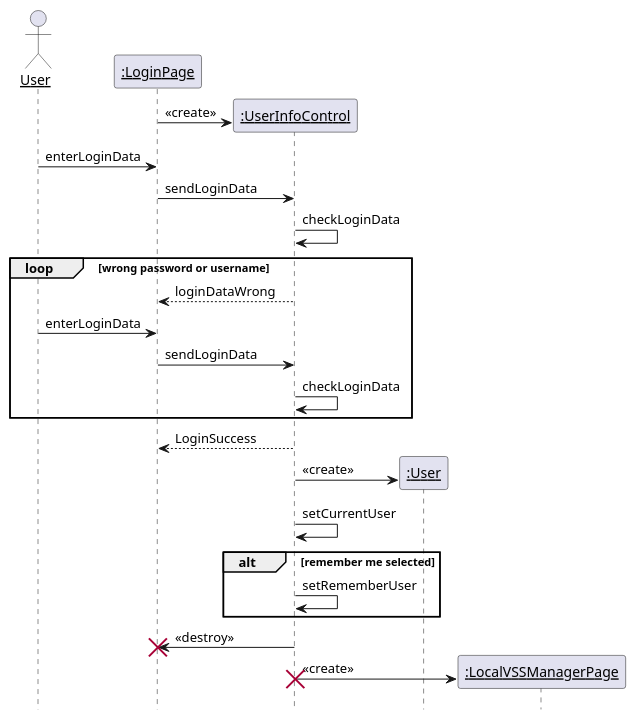
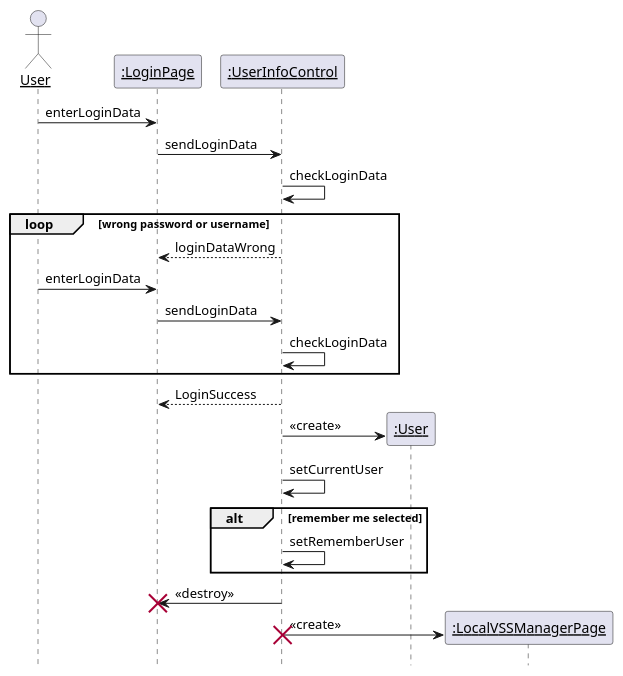
One commit to kpp19920121/doc changed the second of 20 diagrams in 需求定义和分析/SeqDiagram.md. Above: the diagram before and after it, drawn with PlantUML. The commit also changed other lines of this file and 20 other files, not shown here.

````diff
--- a/需求定义和分析/SeqDiagram.md
+++ b/需求定义和分析/SeqDiagram.md
@@ -80,36 +98,34 @@
 ```PlantUML
 @startuml Login
 hide footbox
 skinparam sequenceParticipant underline
 
 actor User as user
 participant ":LoginPage" as boundary
 participant ":UserInfoControl" as control
 participant ":User" as userdata
 participant ":LocalVSSManagerPage" as nextpage
 
-create control
-boundary -> control: <<create>>
 user -> boundary: enterLoginData
 boundary -> control: sendLoginData
 control -> control: checkLoginData
 loop wrong password or username
     control --> boundary: loginDataWrong
     user -> boundary: enterLoginData
     boundary -> control: sendLoginData
     control -> control: checkLoginData
 end
 control --> boundary: LoginSuccess
 create userdata
 control -> userdata: <<create>>
 control -> control: setCurrentUser
 alt remember me selected
     control -> control: setRememberUser
 end
 control -> boundary: <<destroy>>
 destroy boundary
 create nextpage
 control -> nextpage: <<create>>
 destroy control
 @enduml
 ```
````
